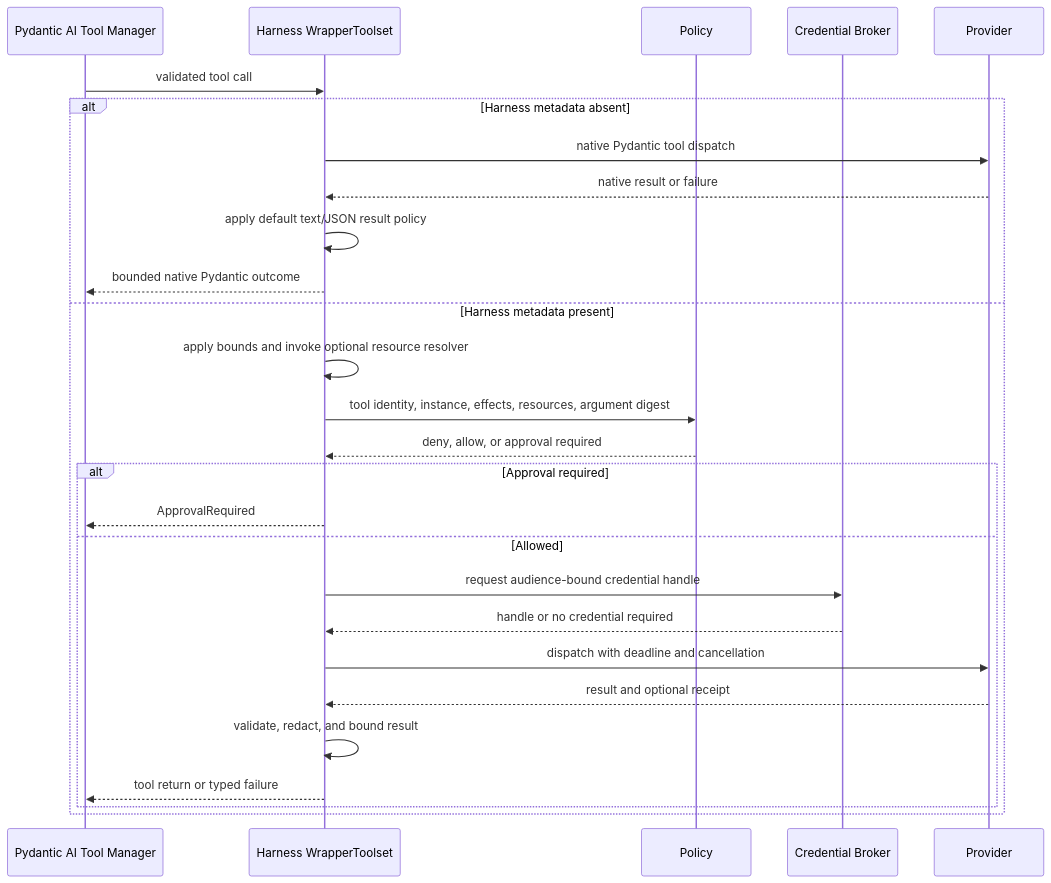
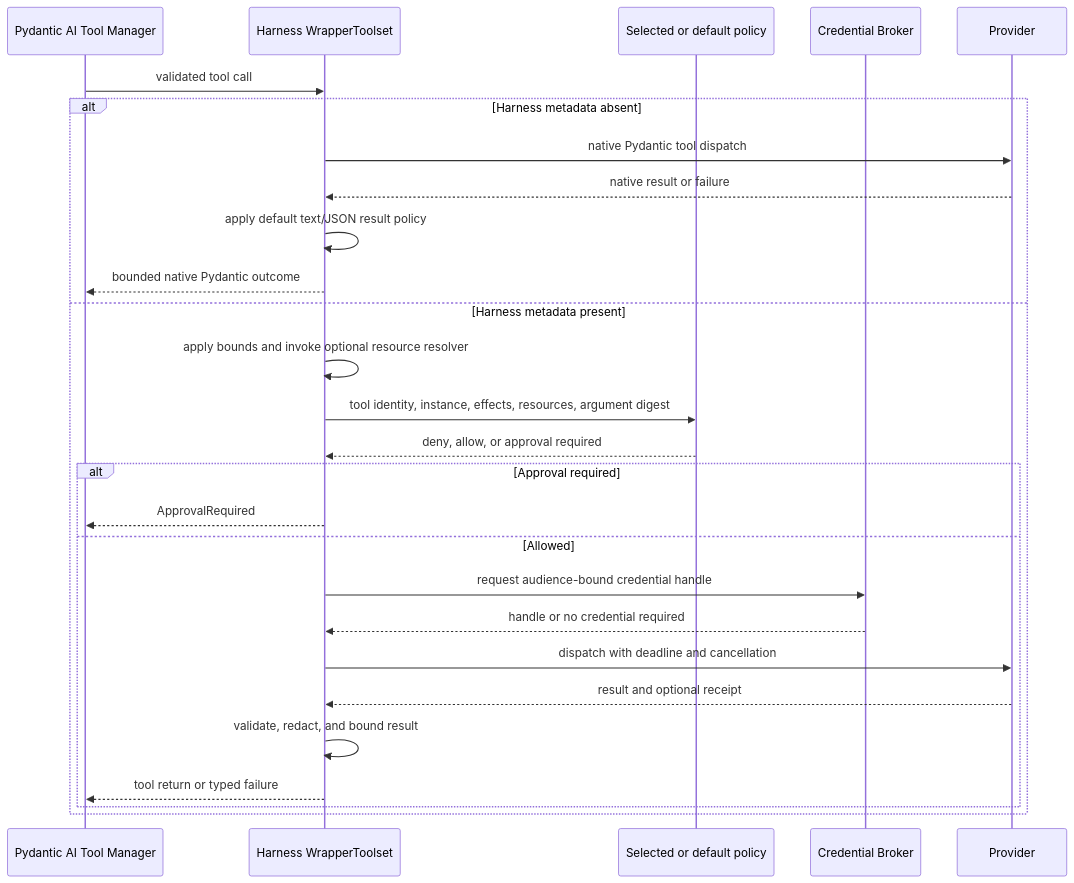
Before and after one commit to LTThreeComma/agent-foundation: the second of 2 diagrams in spec/agent-harness/07-tool-execution.md, drawn with Mermaid. The commit also changed other lines of this file and 104 other files, not shown here.

````diff
--- a/spec/agent-harness/07-tool-execution.md
+++ b/spec/agent-harness/07-tool-execution.md
@@ -278,30 +278,30 @@
 ```mermaid
 sequenceDiagram
     participant PAI as Pydantic AI Tool Manager
     participant Wrapper as Harness WrapperToolset
-    participant Policy
+    participant Policy as Selected or default policy
     participant Broker as Credential Broker
     participant Provider
 
     PAI->>Wrapper: validated tool call
     alt Harness metadata absent
         Wrapper->>Provider: native Pydantic tool dispatch
         Provider-->>Wrapper: native result or failure
         Wrapper->>Wrapper: apply default text/JSON result policy
         Wrapper-->>PAI: bounded native Pydantic outcome
     else Harness metadata present
         Wrapper->>Wrapper: apply bounds and invoke optional resource resolver
         Wrapper->>Policy: tool identity, instance, effects, resources, argument digest
         Policy-->>Wrapper: deny, allow, or approval required
         alt Approval required
             Wrapper-->>PAI: ApprovalRequired
         else Allowed
             Wrapper->>Broker: request audience-bound credential handle
             Broker-->>Wrapper: handle or no credential required
             Wrapper->>Provider: dispatch with deadline and cancellation
             Provider-->>Wrapper: result and optional receipt
             Wrapper->>Wrapper: validate, redact, and bound result
             Wrapper-->>PAI: tool return or typed failure
         end
     end
 ```
````
